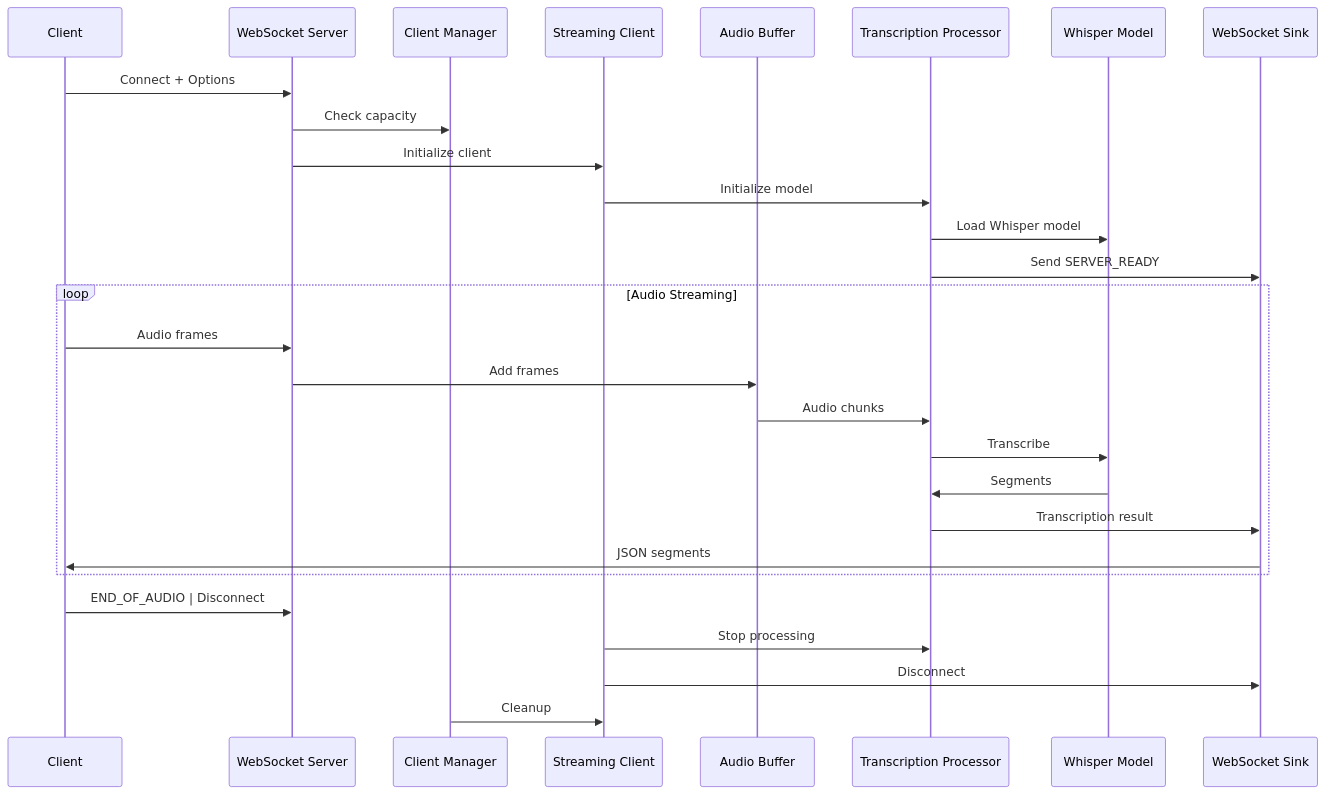
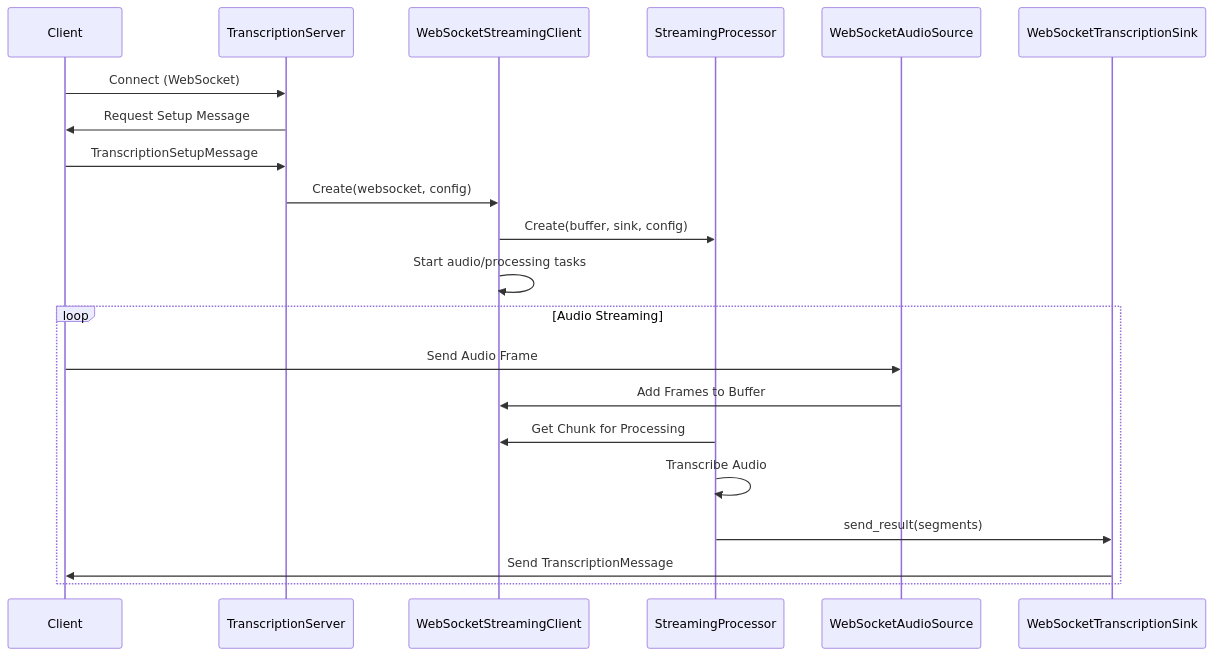
One commit to shyndman/lmnop-eavesdrop changed the third of 6 diagrams in ARCHITECTURE.md. Above: the diagram before and after it, drawn with Mermaid. The commit also changed other lines of this file, not shown here.

Commit message:
Update architecture doc so hopefully I can perform some analysis

````diff
--- a/ARCHITECTURE.md
+++ b/ARCHITECTURE.md
@@ -378,33 +119,25 @@
 ```mermaid
 sequenceDiagram
     participant Client
-    participant WSServer as WebSocket Server
-    participant ClientMgr as Client Manager
-    participant StreamClient as Streaming Client
-    participant Buffer as Audio Buffer
-    participant Processor as Transcription Processor
-    participant Model as Whisper Model
-    participant Sink as WebSocket Sink
+    participant TranscriptionServer
+    participant WebSocketStreamingClient
+    participant StreamingProcessor
+    participant WebSocketAudioSource
+    participant WebSocketTranscriptionSink
 
-    Client->>WSServer: Connect + Options
-    WSServer->>ClientMgr: Check capacity
-    WSServer->>StreamClient: Initialize client
-    StreamClient->>Processor: Initialize model
-    Processor->>Model: Load Whisper model
-    Processor->>Sink: Send SERVER_READY
+    Client->>TranscriptionServer: Connect (WebSocket)
+    TranscriptionServer->>Client: Request Setup Message
+    Client->>TranscriptionServer: TranscriptionSetupMessage
+    TranscriptionServer->>WebSocketStreamingClient: Create(websocket, config)
+    WebSocketStreamingClient->>StreamingProcessor: Create(buffer, sink, config)
+    WebSocketStreamingClient->>WebSocketStreamingClient: Start audio/processing tasks
 
     loop Audio Streaming
-        Client->>WSServer: Audio frames
-        WSServer->>Buffer: Add frames
-        Buffer->>Processor: Audio chunks
-        Processor->>Model: Transcribe
-        Model->>Processor: Segments
-        Processor->>Sink: Transcription result
-        Sink->>Client: JSON segments
+        Client->>WebSocketAudioSource: Send Audio Frame
+        WebSocketAudioSource->>WebSocketStreamingClient: Add Frames to Buffer
+        StreamingProcessor->>WebSocketStreamingClient: Get Chunk for Processing
+        StreamingProcessor->>StreamingProcessor: Transcribe Audio
+        StreamingProcessor->>WebSocketTranscriptionSink: send_result(segments)
+        WebSocketTranscriptionSink->>Client: Send TranscriptionMessage
     end
-
-    Client->>WSServer: END_OF_AUDIO | Disconnect
-    StreamClient->>Processor: Stop processing
-    StreamClient->>Sink: Disconnect
-    ClientMgr->>StreamClient: Cleanup
 ```
````
